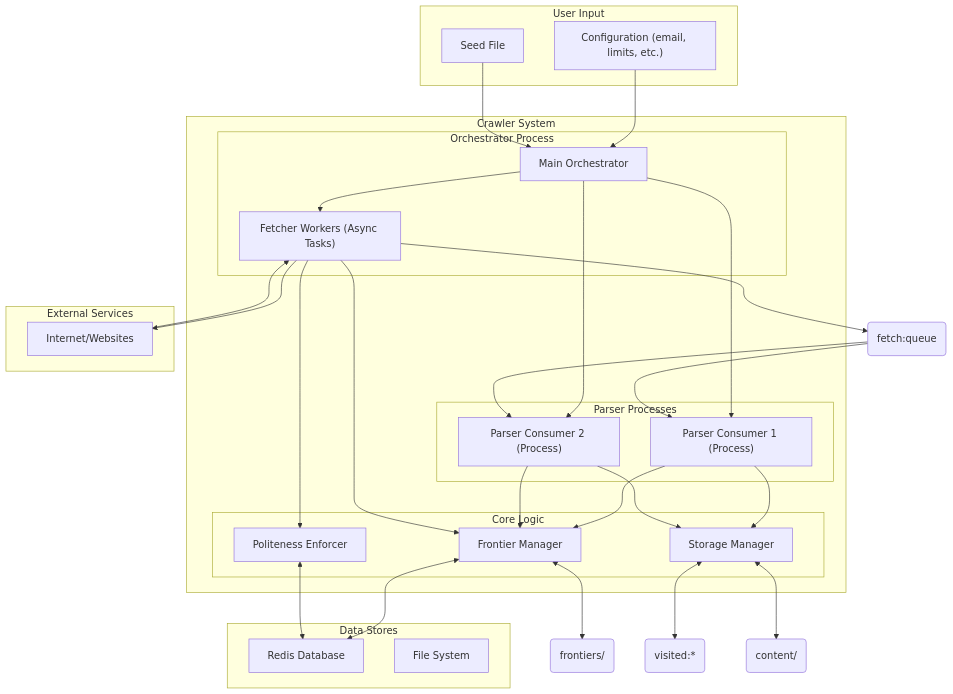
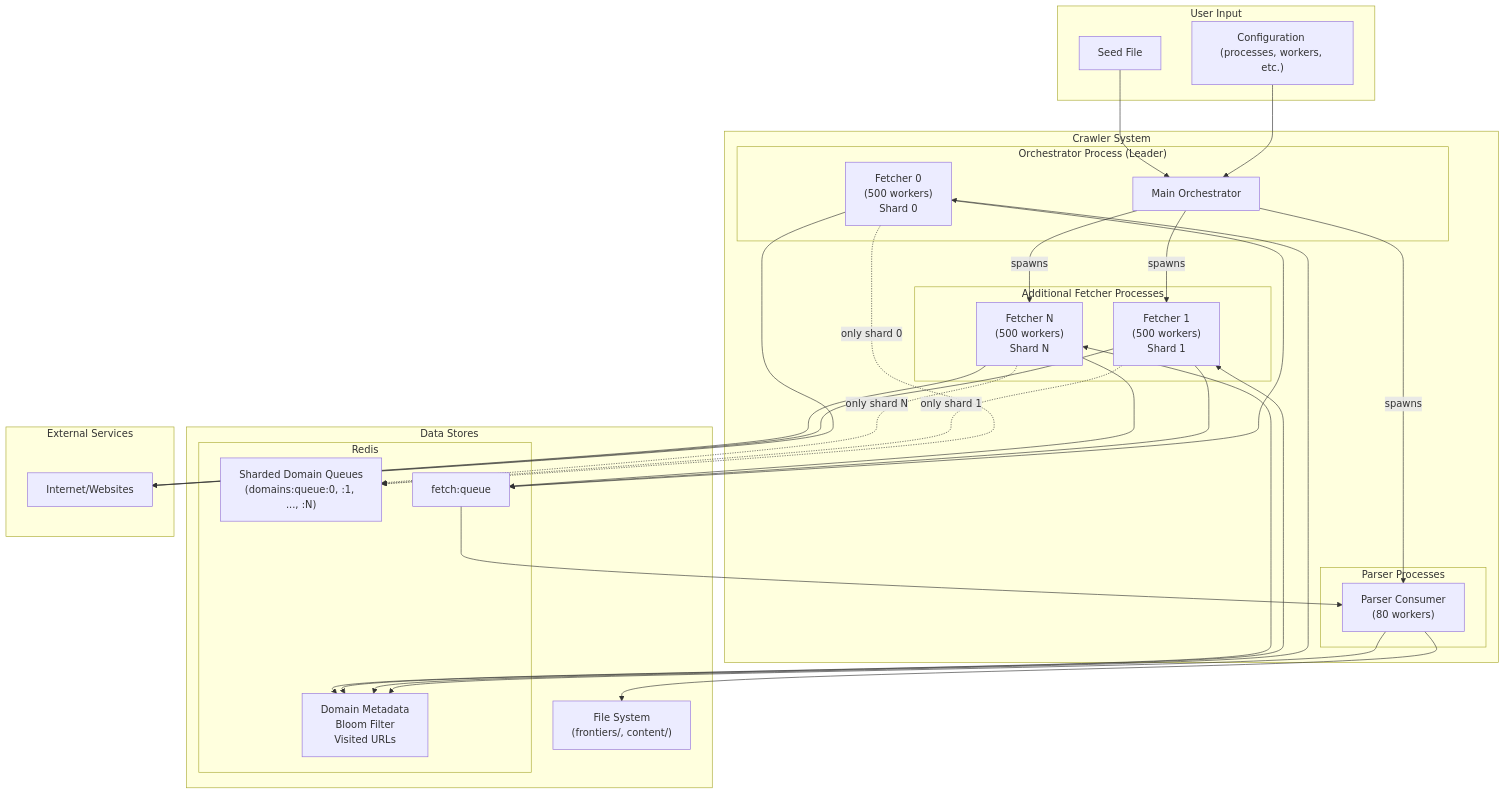
The diagram in crawler/PLAN.MD (andrewkchan/vibe-coding-experiments), drawn with Mermaid before and after one commit. The commit also changed other lines of this file and 13 other files, not shown here.

Commit message:
multi-fetcher system with configurable fetcher/parser balancing

````diff
--- a/crawler/PLAN.MD
+++ b/crawler/PLAN.MD
@@ -56,65 +62,69 @@
 ```mermaid
 graph TD
     subgraph User Input
         SeedFile[Seed File]
-        Config["Configuration (email, limits, etc.)"]
+        Config["Configuration (processes, workers, etc.)"]
     end
 
     subgraph Crawler System
-        subgraph Orchestrator Process
+        subgraph "Orchestrator Process (Leader)"
             Main[Main Orchestrator]
-            FetcherPool["Fetcher Workers (Async Tasks)"]
+            Fetcher0["Fetcher 0<br/>(500 workers)<br/>Shard 0"]
+        end
+        
+        subgraph Additional Fetcher Processes
+            Fetcher1["Fetcher 1<br/>(500 workers)<br/>Shard 1"]
+            FetcherN["Fetcher N<br/>(500 workers)<br/>Shard N"]
         end
         
         subgraph Parser Processes
-            Parser1["Parser Consumer 1 (Process)"]
-            Parser2["Parser Consumer 2 (Process)"]
-        end
-
-        subgraph Core Logic
-            Frontier[Frontier Manager]
-            Politeness[Politeness Enforcer]
-            Storage[Storage Manager]
+            Parser1["Parser Consumer<br/>(80 workers)"]
         end
     end
 
     subgraph Data Stores
-        Redis[Redis Database]
-        FS["File System"]
+        subgraph Redis
+            DomainQueues["Sharded Domain Queues<br/>(domains:queue:0, :1, ..., :N)"]
+            FetchQueue[fetch:queue]
+            Metadata["Domain Metadata<br/>Bloom Filter<br/>Visited URLs"]
+        end
+        
+        FS["File System<br/>(frontiers/, content/)"]
     end
 
     subgraph External Services
         Web[Internet/Websites]
     end
 
-    %% Connections
+    %% Initialization
     Config --> Main
     SeedFile --> Main
-    Main --> FetcherPool
-    Main --> Parser1
-    Main --> Parser2
+    Main -->|spawns| Fetcher1
+    Main -->|spawns| FetcherN
+    Main -->|spawns| Parser1
     
-    FetcherPool --> Web
-    Web --> FetcherPool
+    %% Fetching
+    Fetcher0 --> Web
+    Fetcher1 --> Web
+    FetcherN --> Web
     
-    FetcherPool --> Redis_Queue(fetch:queue)
-    Redis_Queue --> Parser1
-    Redis_Queue --> Parser2
+    %% Domain sharding
+    Fetcher0 -.->|only shard 0| DomainQueues
+    Fetcher1 -.->|only shard 1| DomainQueues
+    FetcherN -.->|only shard N| DomainQueues
     
-    Parser1 --> Frontier
-    Parser2 --> Frontier
+    %% Parse queue
+    Fetcher0 --> FetchQueue
+    Fetcher1 --> FetchQueue
+    FetcherN --> FetchQueue
+    FetchQueue --> Parser1
     
-    Frontier <--> Redis
-    Frontier <--> FS_Frontier(frontiers/)
+    %% Storage
+    Parser1 --> Metadata
+    Parser1 --> FS
     
-    Parser1 --> Storage
-    Parser2 --> Storage
-    
-    Storage <--> Redis_Visited(visited:*)
-    Storage <--> FS_Content(content/)
-
-    Politeness <--> Redis
-    
-    FetcherPool --> Frontier
-    FetcherPool --> Politeness
+    %% Shared access
+    Fetcher0 <--> Metadata
+    Fetcher1 <--> Metadata
+    FetcherN <--> Metadata
 ```
````
